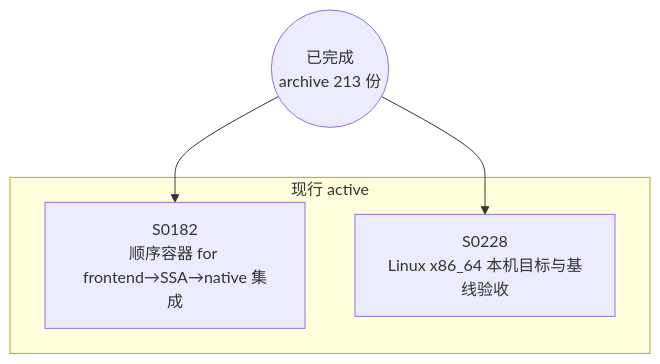
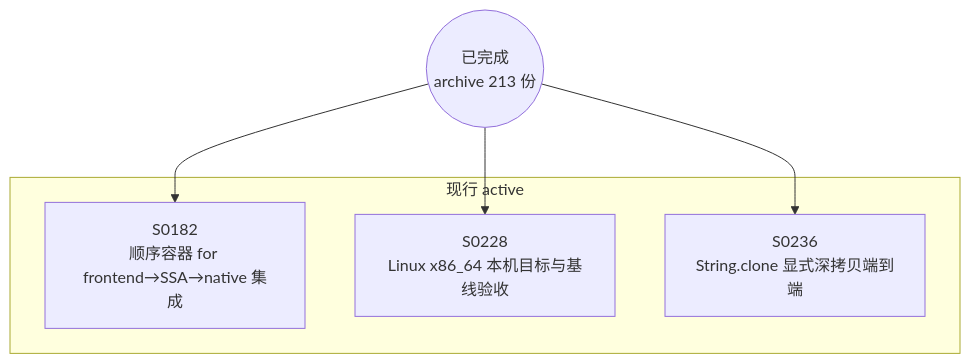
The diagram in docs/specs/dependency-graph.md (Halckon/Koven), drawn with Mermaid before and after one commit. The commit also changed other lines of this file and 102 other files, not shown here.

````diff
--- a/docs/specs/dependency-graph.md
+++ b/docs/specs/dependency-graph.md
@@ -9,10 +9,12 @@
 ```mermaid
 flowchart TD
 ARCH(("已完成<br/>archive 213 份"))
 subgraph Gactive["现行 active"]
   S0182["S0182<br/>顺序容器 for frontend→SSA→native 集成"]
   S0228["S0228<br/>Linux x86_64 本机目标与基线验收"]
+  S0236["S0236<br/>String.clone 显式深拷贝端到端"]
 end
 ARCH --> S0182
 ARCH --> S0228
+ARCH --> S0236
 ```
````
